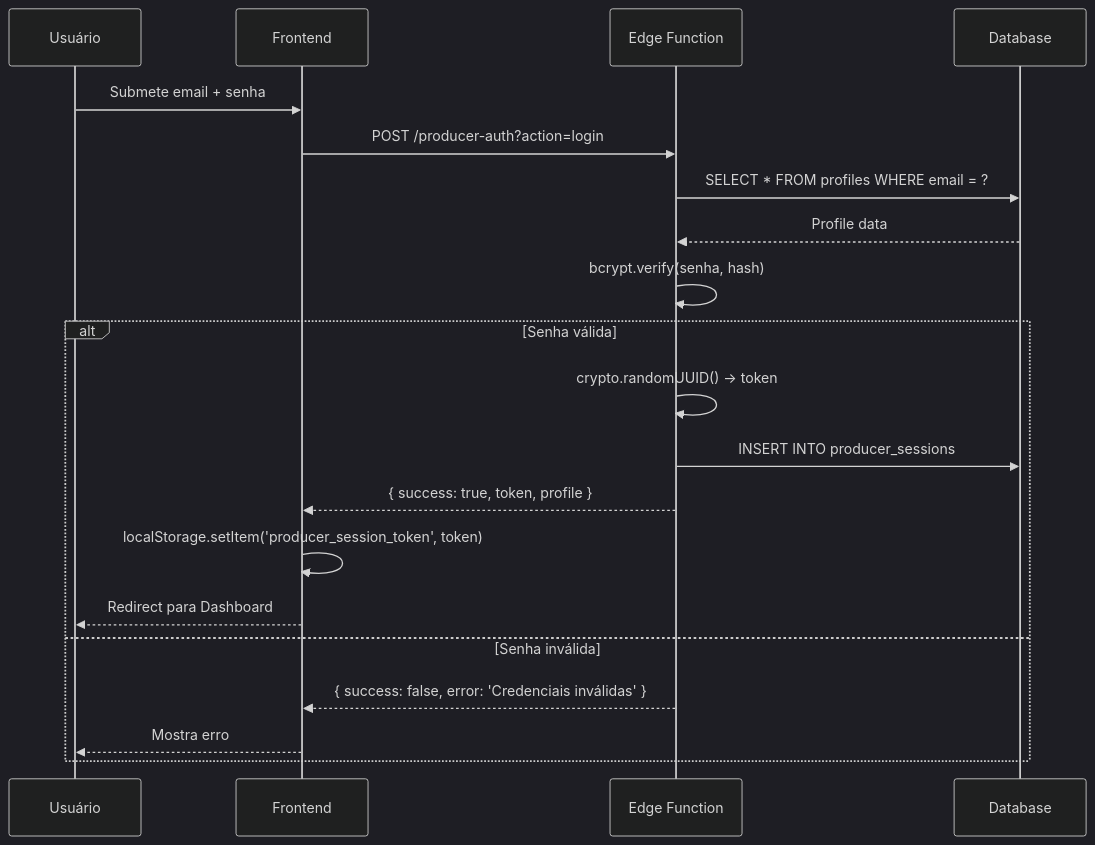
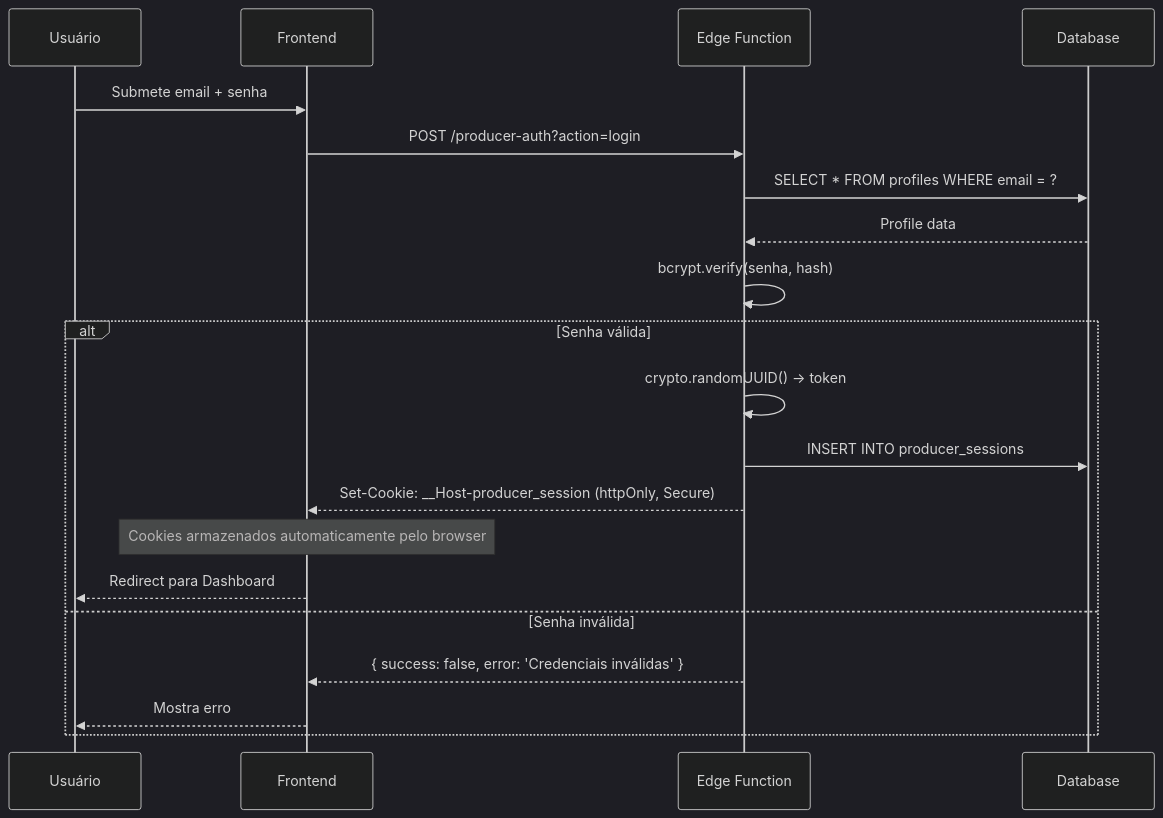
The first of 3 diagrams in docs/AUTH_SYSTEM.md (olaalessandro9-wq/Risecheckout-ofc), drawn with Mermaid (dark theme) before and after one commit. The commit also changed other lines of this file and 15 other files, not shown here.

````diff
--- a/docs/AUTH_SYSTEM.md
+++ b/docs/AUTH_SYSTEM.md
@@ -195,23 +195,23 @@
 ```mermaid
 sequenceDiagram
     participant U as Usuário
     participant FE as Frontend
     participant EF as Edge Function
     participant DB as Database
     
     U->>FE: Submete email + senha
     FE->>EF: POST /producer-auth?action=login
     EF->>DB: SELECT * FROM profiles WHERE email = ?
     DB-->>EF: Profile data
     EF->>EF: bcrypt.verify(senha, hash)
     alt Senha válida
         EF->>EF: crypto.randomUUID() → token
         EF->>DB: INSERT INTO producer_sessions
-        EF-->>FE: { success: true, token, profile }
-        FE->>FE: localStorage.setItem('producer_session_token', token)
+        EF-->>FE: Set-Cookie: __Host-producer_session (httpOnly, Secure)
+        Note over FE: Cookies armazenados automaticamente pelo browser
         FE-->>U: Redirect para Dashboard
     else Senha inválida
         EF-->>FE: { success: false, error: 'Credenciais inválidas' }
         FE-->>U: Mostra erro
     end
 ```
````
